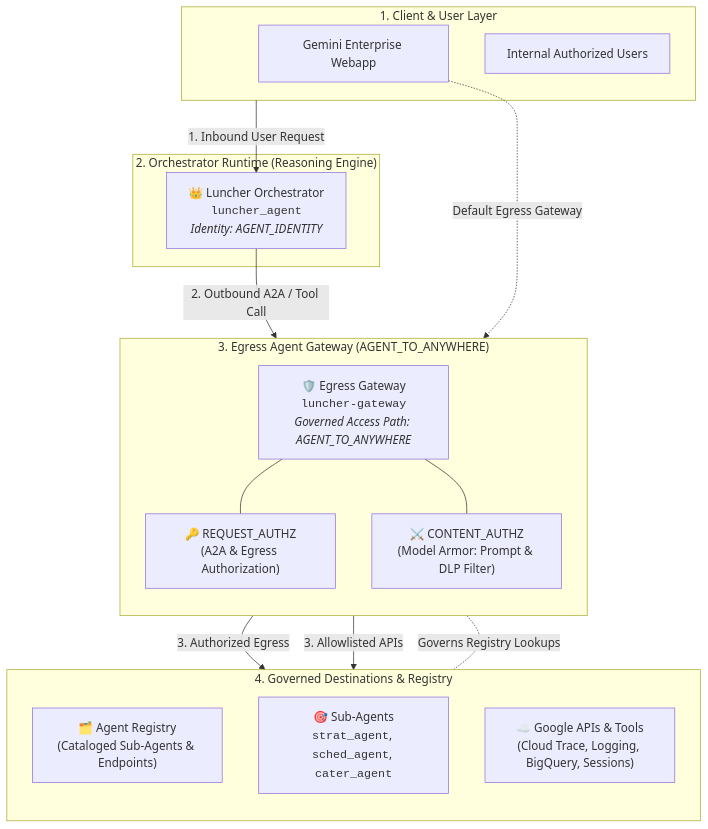
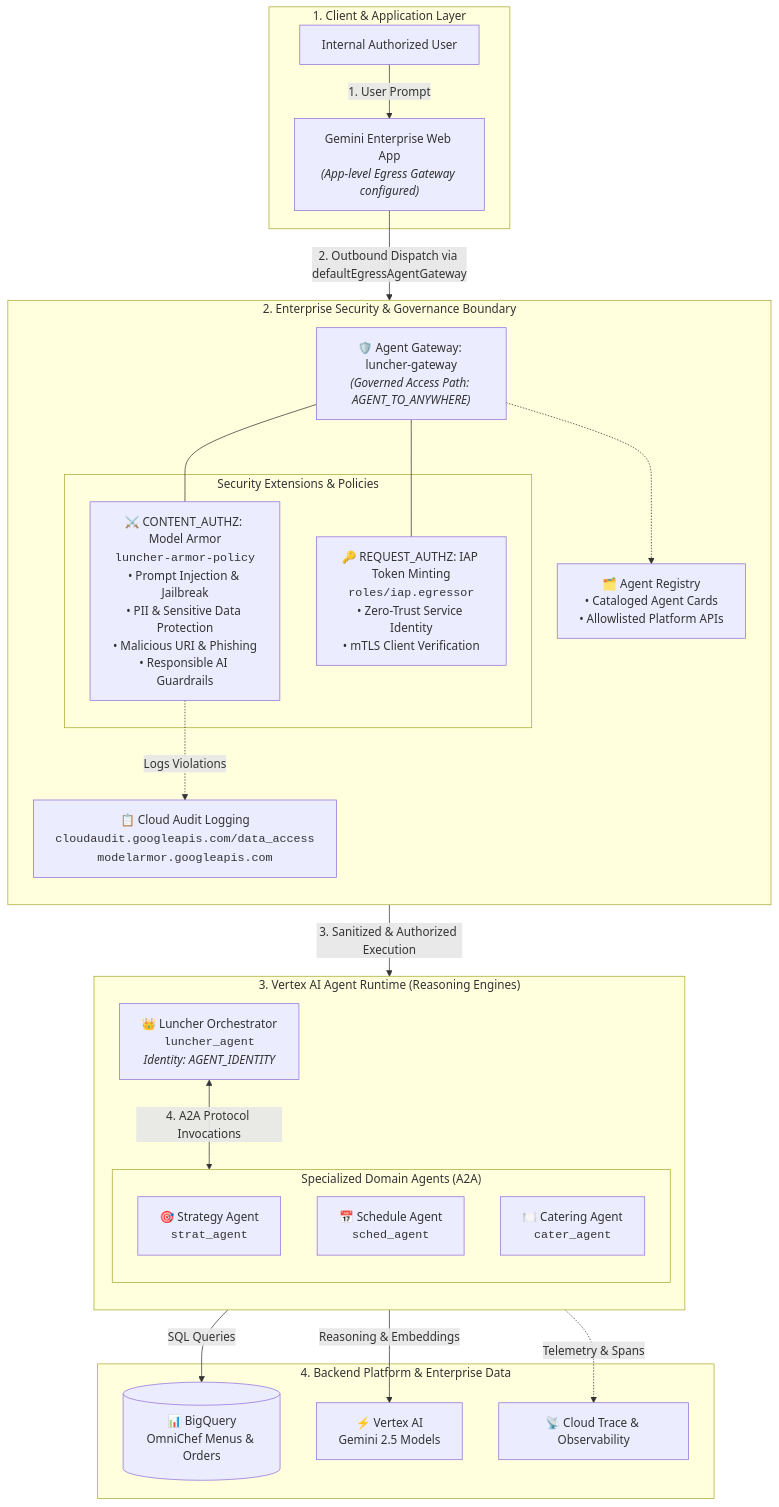
The diagram in docs/6_gateway_registry.md (mbychkowski/luncher), drawn with Mermaid before and after one commit. The commit also changed other lines of this file, not shown here.

Commit message:
docs: update Agent Gateway and Model Armor setup, verification, and architecture diagram

````diff
--- a/docs/6_gateway_registry.md
+++ b/docs/6_gateway_registry.md
@@ -18,34 +18,50 @@
 ```mermaid
 flowchart TD
-    subgraph ClientLayer ["1. Client & User Layer"]
-        GE["Gemini Enterprise Webapp"]
-        User["Internal Authorized Users"]
+    subgraph ClientLayer ["1. Client & Application Layer"]
+        User["Internal Authorized User"]
+        GE["Gemini Enterprise Web App<br/><i>(App-level Egress Gateway configured)</i>"]
     end
 
-    subgraph RuntimeLayer ["2. Orchestrator Runtime (Reasoning Engine)"]
-        Orchestrator["👑 Luncher Orchestrator<br/><code>luncher_agent</code><br/><i>Identity: AGENT_IDENTITY</i>"]
+    subgraph SecurityBoundary ["2. Enterprise Security & Governance Boundary"]
+        direction TB
+        AGW["🛡️ Agent Gateway: luncher-gateway<br/><i>(Governed Access Path: AGENT_TO_ANYWHERE)</i>"]
+        
+        subgraph PolicyEngines ["Security Extensions & Policies"]
+            MA["⚔️ CONTENT_AUTHZ: Model Armor<br/><code>luncher-armor-policy</code><br/>• Prompt Injection & Jailbreak<br/>• PII & Sensitive Data Protection<br/>• Malicious URI & Phishing<br/>• Responsible AI Guardrails"]
+            IAP["🔑 REQUEST_AUTHZ: IAP Token Minting<br/><code>roles/iap.egressor</code><br/>• Zero-Trust Service Identity<br/>• mTLS Client Verification"]
+        end
+        
+        REG["🗂️ Agent Registry<br/>• Cataloged Agent Cards<br/>• Allowlisted Platform APIs"]
+        AUDIT["📋 Cloud Audit Logging<br/><code>cloudaudit.googleapis.com/data_access</code><br/><code>modelarmor.googleapis.com</code>"]
+        
+        AGW --- MA
+        AGW --- IAP
+        AGW -.-> REG
+        MA -. "Logs Violations" .-> AUDIT
     end
 
-    subgraph EgressGateway ["3. Egress Agent Gateway (AGENT_TO_ANYWHERE)"]
+    subgraph RuntimeLayer ["3. Vertex AI Agent Runtime (Reasoning Engines)"]
         direction TB
-        AGW_OUT["🛡️ Egress Gateway<br/><code>luncher-gateway</code><br/><i>Governed Access Path: AGENT_TO_ANYWHERE</i>"]
-        IAP_OUT["🔑 REQUEST_AUTHZ<br/>(A2A & Egress Authorization)"]
-        MA_OUT["⚔️ CONTENT_AUTHZ<br/>(Model Armor: Prompt & DLP Filter)"]
-        AGW_OUT --- IAP_OUT
-        AGW_OUT --- MA_OUT
+        Orchestrator["👑 Luncher Orchestrator<br/><code>luncher_agent</code><br/><i>Identity: AGENT_IDENTITY</i>"]
+        
+        subgraph SubAgents ["Specialized Domain Agents (A2A)"]
+            Strat["🎯 Strategy Agent<br/><code>strat_agent</code>"]
+            Sched["📅 Schedule Agent<br/><code>sched_agent</code>"]
+            Cater["🍽️ Catering Agent<br/><code>cater_agent</code>"]
+        end
     end
 
-    subgraph DestinationLayer ["4. Governed Destinations & Registry"]
-        direction TB
-        AR["🗂️ Agent Registry<br/>(Cataloged Sub-Agents & Endpoints)"]
-        SubAgents["🎯 Sub-Agents<br/><code>strat_agent</code>, <code>sched_agent</code>, <code>cater_agent</code>"]
-        GCP["☁️ Google APIs & Tools<br/>(Cloud Trace, Logging, BigQuery, Sessions)"]
+    subgraph BackendLayer ["4. Backend Platform & Enterprise Data"]
+        BQ[("📊 BigQuery<br/>OmniChef Menus & Orders")]
+        VertexAI["⚡ Vertex AI<br/>Gemini 2.5 Models"]
+        Trace["📡 Cloud Trace & Observability"]
     end
 
-    ClientLayer -->|1. Inbound User Request| Orchestrator
-    Orchestrator -->|2. Outbound A2A / Tool Call| AGW_OUT
-    GE -.->|Default Egress Gateway| AGW_OUT
-    AGW_OUT -->|3. Authorized Egress| SubAgents
-    AGW_OUT -->|3. Allowlisted APIs| GCP
-    AGW_OUT -. "Governs Registry Lookups" .- AR
+    User -->|1. User Prompt| GE
+    GE -->|2. Outbound Dispatch via defaultEgressAgentGateway| AGW
+    AGW -->|3. Sanitized & Authorized Execution| Orchestrator
+    Orchestrator <-->|4. A2A Protocol Invocations| SubAgents
+    Cater -->|SQL Queries| BQ
+    Orchestrator -->|Reasoning & Embeddings| VertexAI
+    RuntimeLayer -. "Telemetry & Spans" .-> Trace
 ```
````
